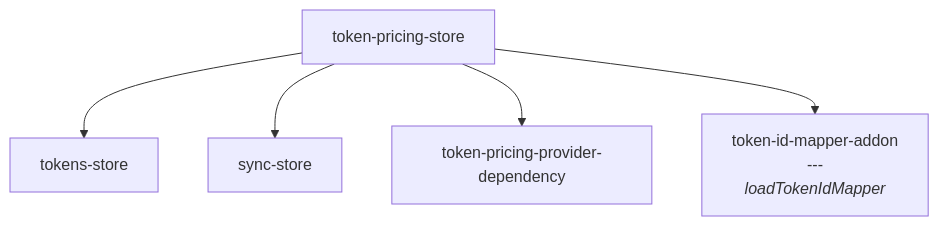
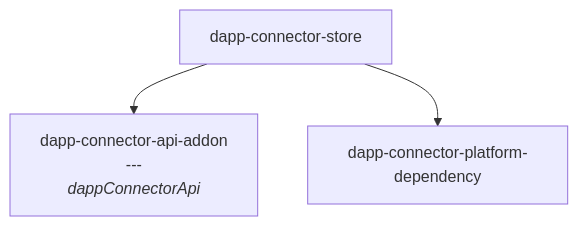
The second of 31 diagrams in docs/contracts-and-modules.md (input-output-hk/lace), drawn with Mermaid before and after one commit. The commit also changed other lines of this file and 1287 other files, not shown here.

````diff
--- a/docs/contracts-and-modules.md
+++ b/docs/contracts-and-modules.md
@@ -64,12 +51,8 @@
 ```mermaid
 graph TD
-  token-pricing-store["token-pricing-store"]
-  tokens-store["tokens-store"]
-  sync-store["sync-store"]
-  token-pricing-provider-dependency["token-pricing-provider-dependency"]
-  token-id-mapper-addon["token-id-mapper-addon<br/>---<br/><i>loadTokenIdMapper</i>"]
-  token-pricing-store --> tokens-store
-  token-pricing-store --> sync-store
-  token-pricing-store --> token-pricing-provider-dependency
-  token-pricing-store --> token-id-mapper-addon
+  dapp-connector-store["dapp-connector-store"]
+  dapp-connector-api-addon["dapp-connector-api-addon<br/>---<br/><i>dappConnectorApi</i>"]
+  dapp-connector-platform-dependency["dapp-connector-platform-dependency"]
+  dapp-connector-store --> dapp-connector-api-addon
+  dapp-connector-store --> dapp-connector-platform-dependency
 ```
````
